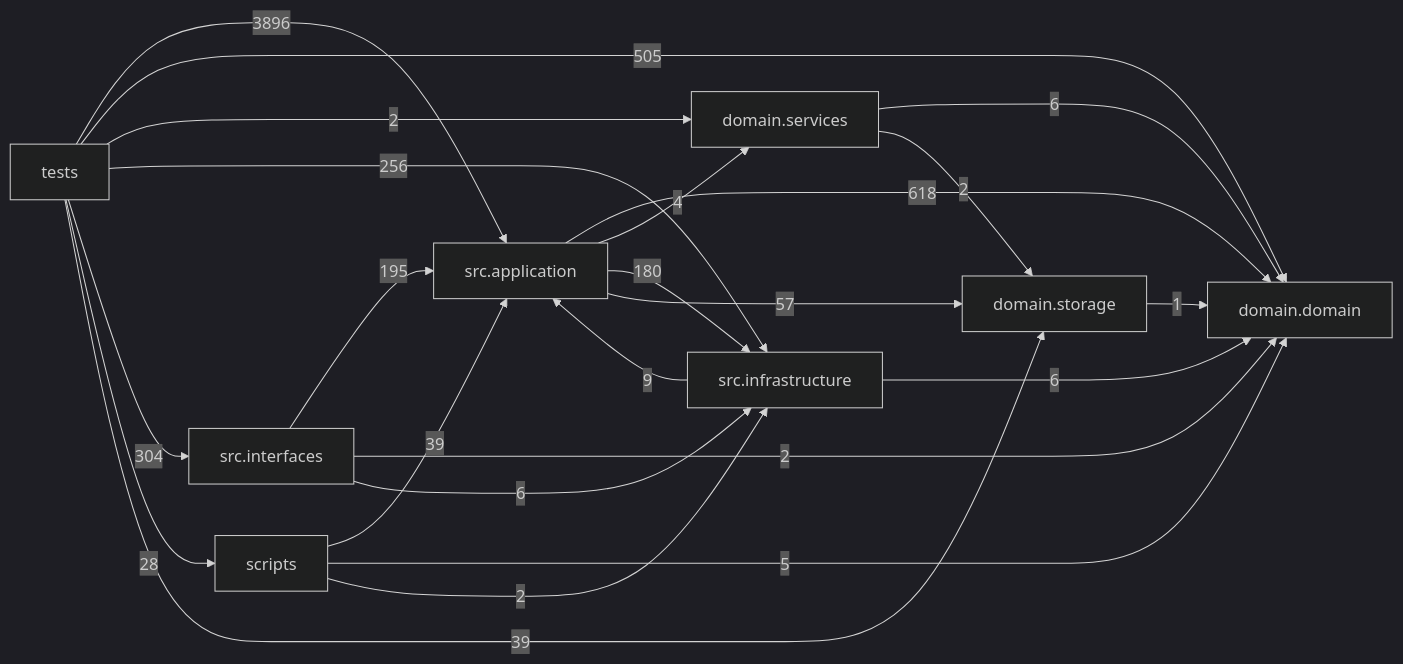
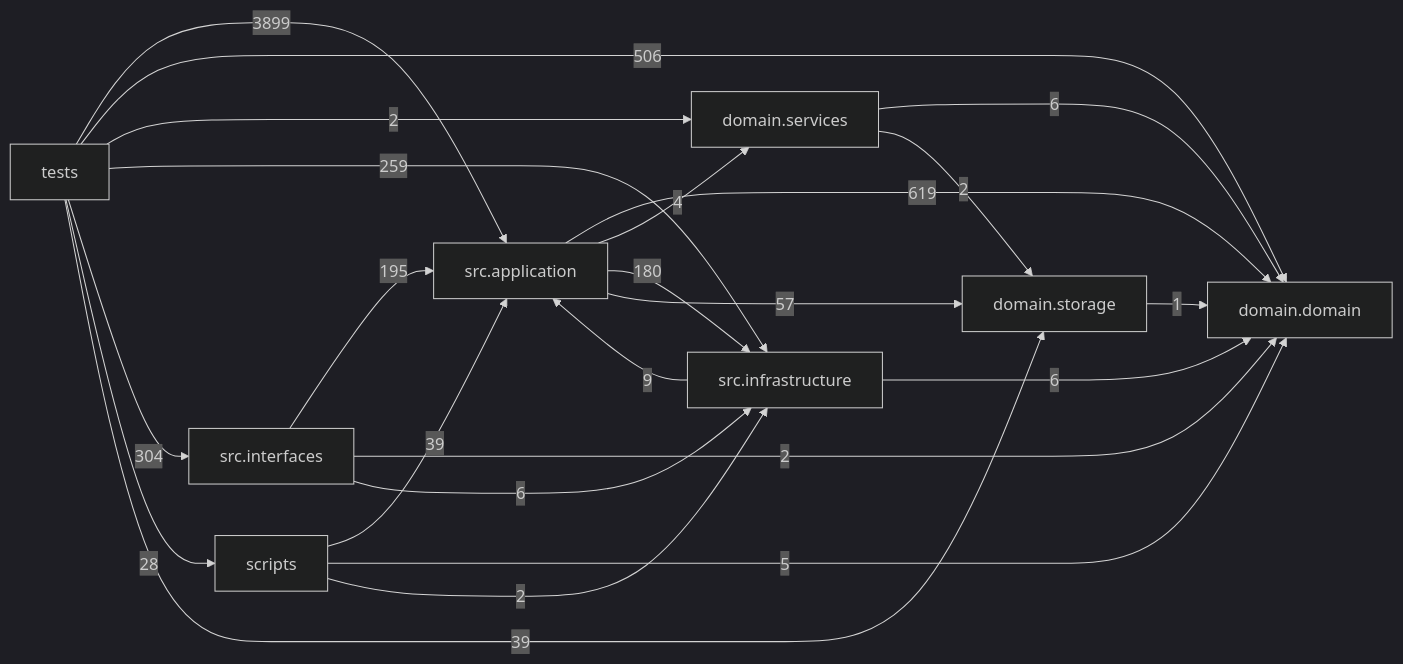
The diagram in docs/DEPENDENCY_GRAPH.md (liuxie066/options-monitor), drawn with Mermaid (dark theme) before and after one commit. The commit also changed other lines of this file and 14 other files, not shown here.

````diff
--- a/docs/DEPENDENCY_GRAPH.md
+++ b/docs/DEPENDENCY_GRAPH.md
@@ -24,33 +24,33 @@
 ```mermaid
 flowchart LR
   tests["tests"]
   scripts["scripts"]
   interfaces["src.interfaces"]
   application["src.application"]
   infrastructure["src.infrastructure"]
   domain_services["domain.services"]
   domain["domain.domain"]
   storage["domain.storage"]
-  application -->|618| domain
+  application -->|619| domain
   application -->|4| domain_services
   application -->|180| infrastructure
   application -->|57| storage
   domain_services -->|6| domain
   domain_services -->|2| storage
   infrastructure -->|9| application
   infrastructure -->|6| domain
   interfaces -->|195| application
   interfaces -->|2| domain
   interfaces -->|6| infrastructure
   scripts -->|39| application
   scripts -->|5| domain
   scripts -->|2| infrastructure
   storage -->|1| domain
-  tests -->|3896| application
-  tests -->|505| domain
+  tests -->|3899| application
+  tests -->|506| domain
   tests -->|2| domain_services
-  tests -->|256| infrastructure
+  tests -->|259| infrastructure
   tests -->|304| interfaces
   tests -->|28| scripts
   tests -->|39| storage
 ```
````
